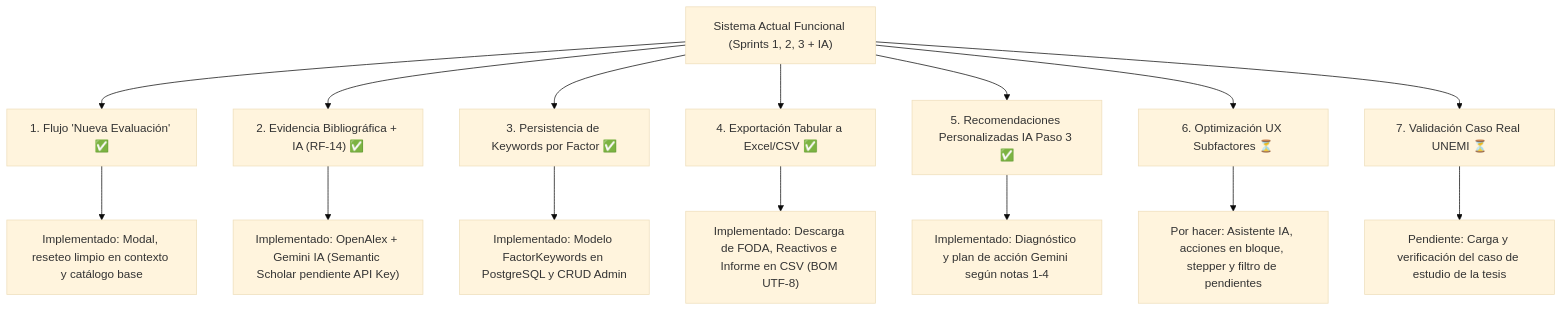
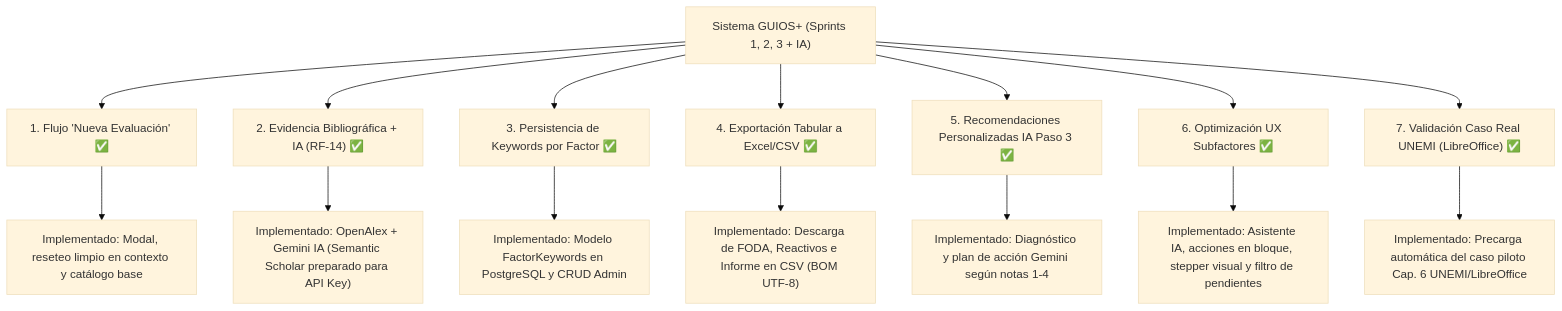
One commit to LuisAngulo02/GUIOS- changed the second of 2 diagrams in docs/PLAN_DE_DESARROLLO.md. Above: the diagram before and after it, drawn with Mermaid (base theme). The commit also changed other lines of this file and 15 other files, not shown here.

````diff
--- a/docs/PLAN_DE_DESARROLLO.md
+++ b/docs/PLAN_DE_DESARROLLO.md
@@ -168,18 +188,18 @@
 ```mermaid
 flowchart TD
-    A["Sistema Actual Funcional (Sprints 1, 2, 3 + IA)"] --> B["1. Flujo 'Nueva Evaluación' ✅"]
+    A["Sistema GUIOS+ (Sprints 1, 2, 3 + IA)"] --> B["1. Flujo 'Nueva Evaluación' ✅"]
     A --> C["2. Evidencia Bibliográfica + IA (RF-14) ✅"]
     A --> D["3. Persistencia de Keywords por Factor ✅"]
     A --> E["4. Exportación Tabular a Excel/CSV ✅"]
     A --> G["5. Recomendaciones Personalizadas IA Paso 3 ✅"]
-    A --> H["6. Optimización UX Subfactores ⏳"]
-    A --> F["7. Validación Caso Real UNEMI ⏳"]
+    A --> H["6. Optimización UX Subfactores ✅"]
+    A --> F["7. Validación Caso Real UNEMI (LibreOffice) ✅"]
 
     B --> B1["Implementado: Modal, reseteo limpio en contexto y catálogo base"]
-    C --> C1["Implementado: OpenAlex + Gemini IA (Semantic Scholar pendiente API Key)"]
+    C --> C1["Implementado: OpenAlex + Gemini IA (Semantic Scholar preparado para API Key)"]
     D --> D1["Implementado: Modelo FactorKeywords en PostgreSQL y CRUD Admin"]
     E --> E1["Implementado: Descarga de FODA, Reactivos e Informe en CSV (BOM UTF-8)"]
     G --> G1["Implementado: Diagnóstico y plan de acción Gemini según notas 1-4"]
-    H --> H1["Por hacer: Asistente IA, acciones en bloque, stepper y filtro de pendientes"]
-    F --> F1["Pendiente: Carga y verificación del caso de estudio de la tesis"]
+    H --> H1["Implementado: Asistente IA, acciones en bloque, stepper visual y filtro de pendientes"]
+    F --> F1["Implementado: Precarga automática del caso piloto Cap. 6 UNEMI/LibreOffice"]
 ```
````
